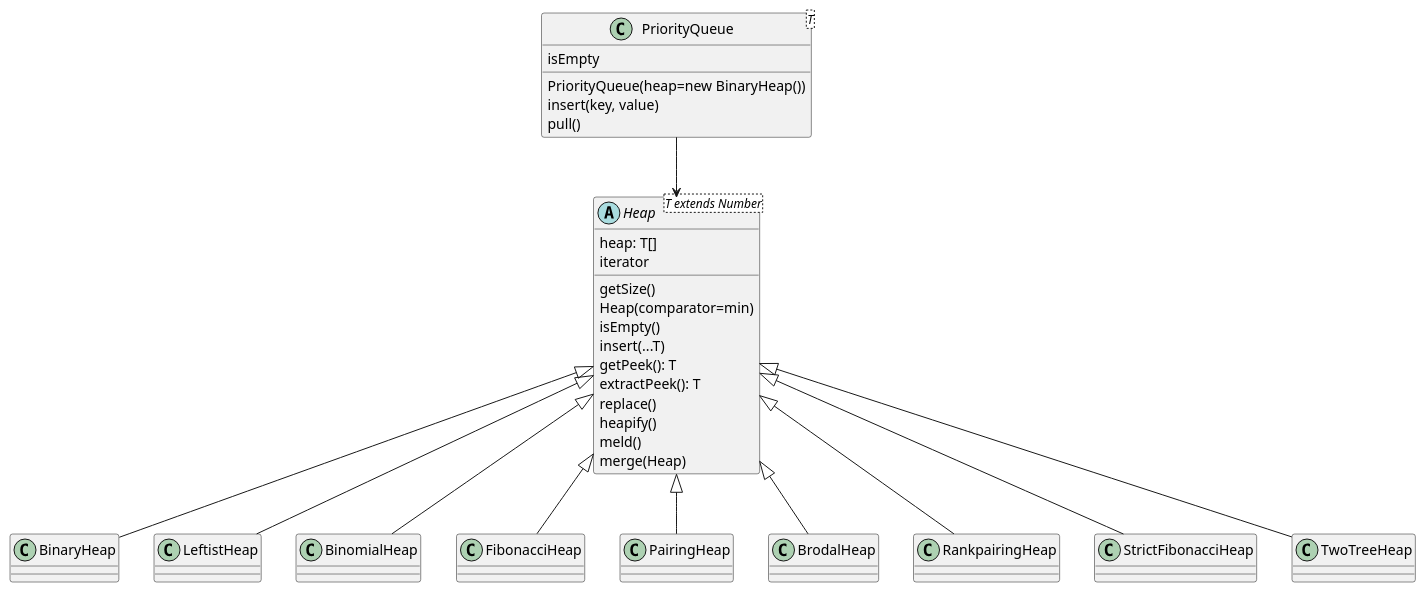
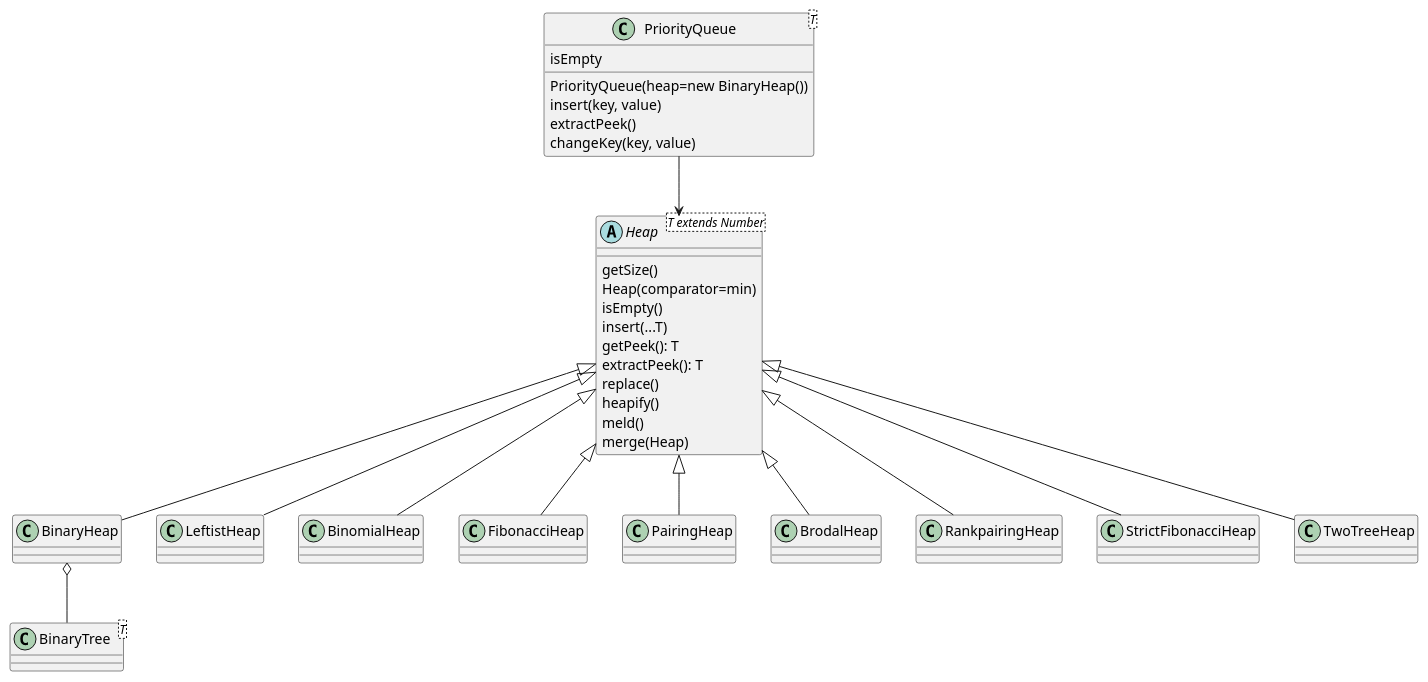
One commit to sanchezcarlosjr/graph-theory-on-maze changed the diagram in docs/heap.puml. Above: the diagram before and after it, drawn with PlantUML. The commit also changed 1 other file, not shown here.

Commit message:
docs(): update heap style

```diff
--- a/docs/heap.puml
+++ b/docs/heap.puml
@@ -1,35 +1,38 @@
 @startuml
 class PriorityQueue<T> {
  isEmpty
  PriorityQueue(heap=new BinaryHeap())
  insert(key, value)
- pull()
+ extractPeek()
+ changeKey(key, value)
 }
 
+class BinaryTree<T> {}
+
 PriorityQueue --> Heap
+
 abstract class Heap<T extends Number> {
-  heap: T[]
   getSize()
   Heap(comparator=min)
   isEmpty()
   insert(...T)
   getPeek(): T
   extractPeek(): T
   replace()
   heapify()
-  iterator
   meld()
   merge(Heap)
 }
 
 class BinaryHeap extends Heap
+BinaryHeap o-- BinaryTree
 class LeftistHeap extends Heap
 class BinomialHeap extends Heap
 class FibonacciHeap extends Heap
 class PairingHeap extends Heap
 class BrodalHeap extends Heap
 class RankpairingHeap extends Heap
 class StrictFibonacciHeap extends Heap
 class TwoTreeHeap extends Heap
 
 @enduml
```
